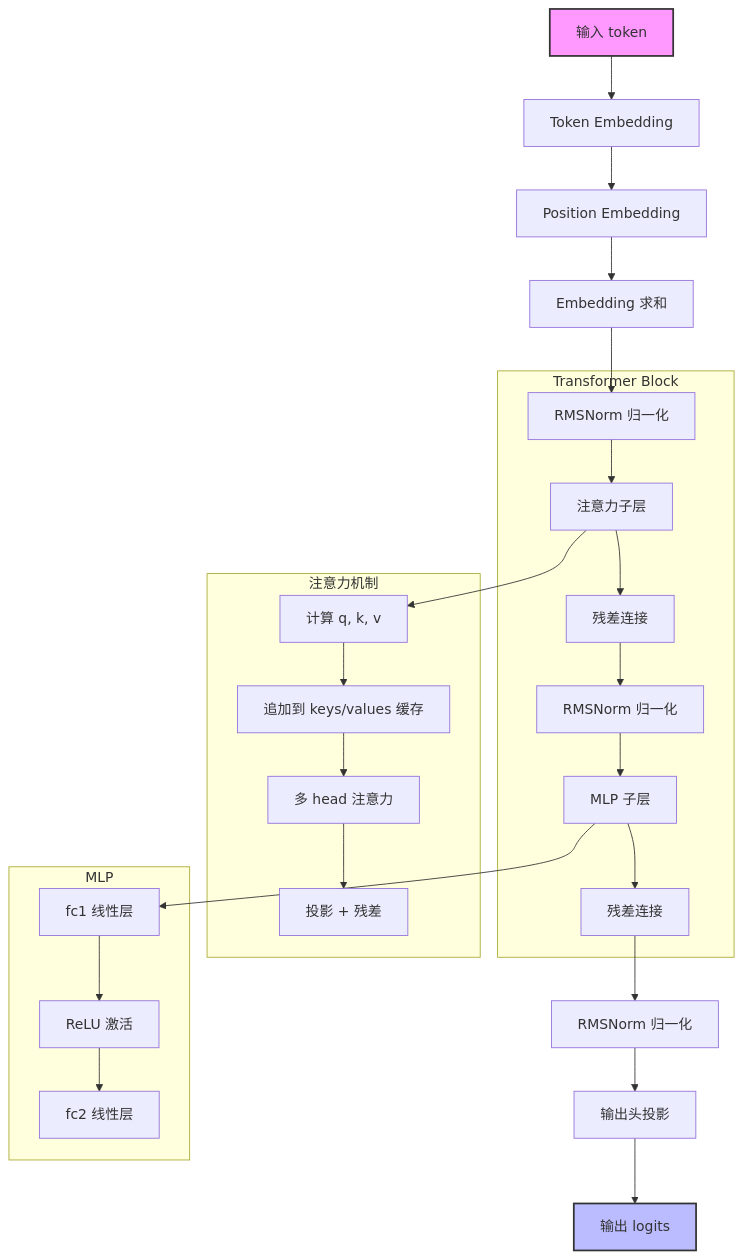
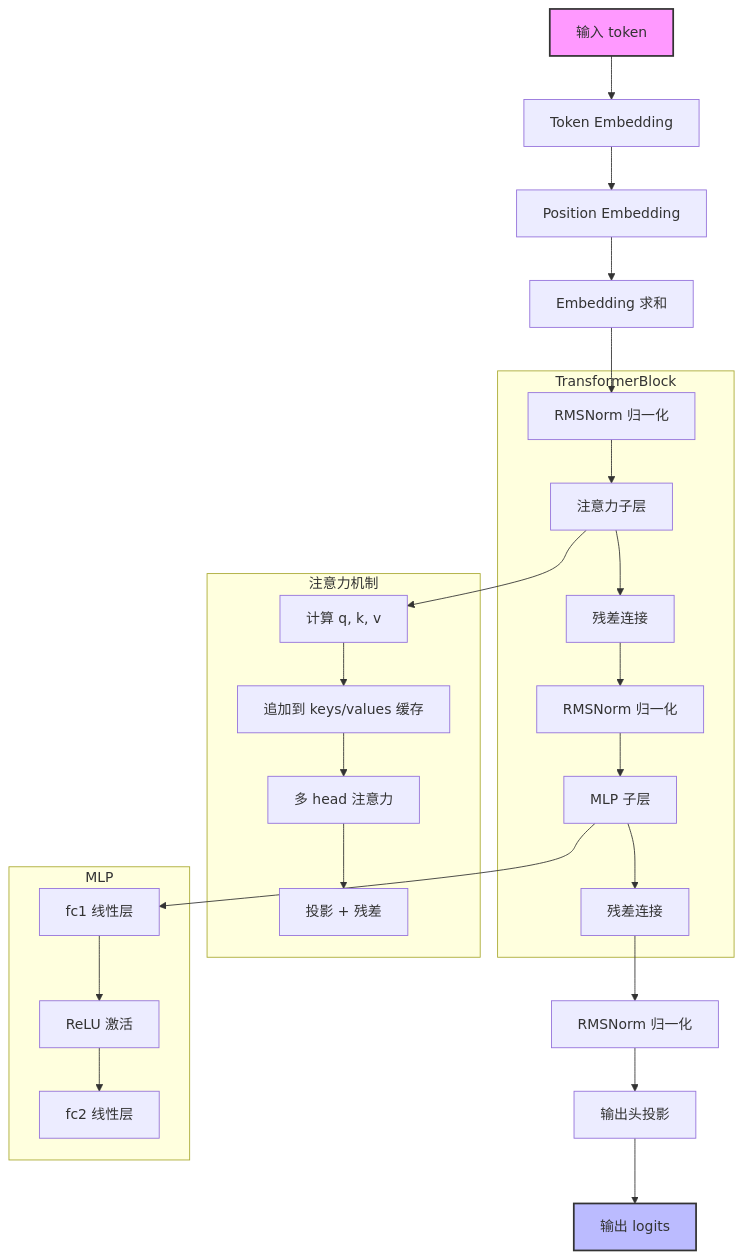
One commit to BrenchCC/microgpt-learning changed the third of 5 diagrams in README.md. Above: the diagram before and after it, drawn with Mermaid. The commit also changed other lines of this file, not shown here.

Commit message:
docs: refine Mermaid diagrams for improved clarity and consistency in README.md

````diff
--- a/README.md
+++ b/README.md
@@ -164,35 +164,35 @@
 ```mermaid
 graph TD
-    A[输入 token] --> B[Token Embedding];
-    B --> C[Position Embedding];
-    C --> D[Embedding 求和];
-    D --> E[RMSNorm 归一化];
+    A[输入 token] --> B[Token Embedding]
+    B --> C[Position Embedding]
+    C --> D[Embedding 求和]
+    D --> E[RMSNorm 归一化]
 
-    subgraph "Transformer Block";
-        E --> F[注意力子层];
-        F --> G[残差连接];
-        G --> H[RMSNorm 归一化];
-        H --> I[MLP 子层];
-        I --> J[残差连接];
-    end;
+    subgraph TransformerBlock
+        E --> F[注意力子层]
+        F --> G[残差连接]
+        G --> H[RMSNorm 归一化]
+        H --> I[MLP 子层]
+        I --> J[残差连接]
+    end
 
-    J --> K[RMSNorm 归一化];
-    K --> L[输出头投影];
-    L --> M[输出 logits];
+    J --> K[RMSNorm 归一化]
+    K --> L[输出头投影]
+    L --> M[输出 logits]
 
-    subgraph "注意力机制";
-        F --> F1[计算 q, k, v];
-        F1 --> F2[追加到 keys/values 缓存];
-        F2 --> F3[多 head 注意力];
-        F3 --> F4[投影 + 残差];
-    end;
+    subgraph 注意力机制
+        F --> F1[计算 q, k, v]
+        F1 --> F2[追加到 keys/values 缓存]
+        F2 --> F3[多 head 注意力]
+        F3 --> F4[投影 + 残差]
+    end
 
-    subgraph "MLP";
-        I --> I1[fc1 线性层];
-        I1 --> I2[ReLU 激活];
-        I2 --> I3[fc2 线性层];
-    end;
+    subgraph MLP
+        I --> I1[fc1 线性层]
+        I1 --> I2[ReLU 激活]
+        I2 --> I3[fc2 线性层]
+    end
 
-    style A fill:#f9f,stroke:#333,stroke-width:2px;
-    style M fill:#bbf,stroke:#333,stroke-width:2px;
+    style A fill:#f9f,stroke:#333,stroke-width:2px
+    style M fill:#bbf,stroke:#333,stroke-width:2px
 ```
````
